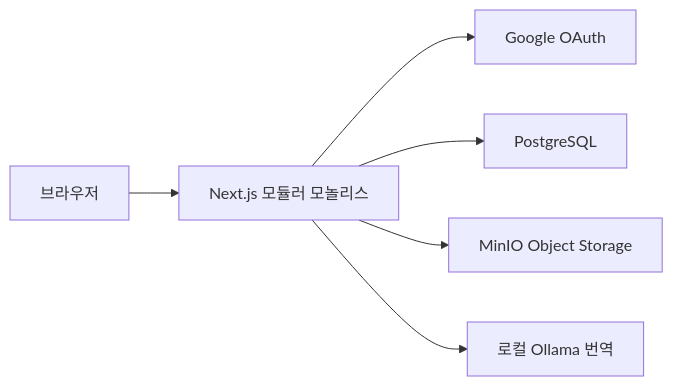
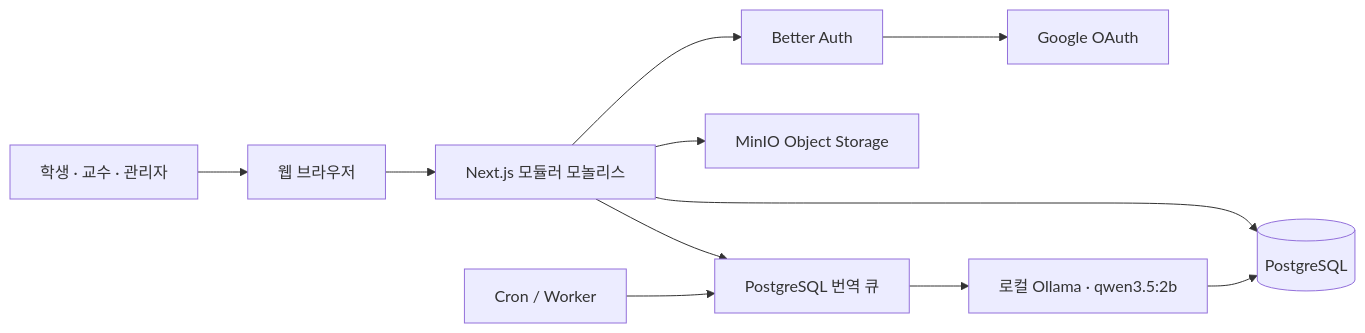
Before and after one commit to 2026-PNU-AI-StudyGroup/2026-pnuai-studygroup-01: the first of 3 diagrams in README.md, drawn with Mermaid. The commit also changed other lines of this file and 2 other files, not shown here.

Commit message:
docs: 리드미와 실제 화면 구조도 최신화

````diff
--- a/README.md
+++ b/README.md
@@ -38,8 +53,16 @@
 ```mermaid
 flowchart LR
-    Browser["브라우저"] --> Next["Next.js 모듈러 모놀리스"]
-    Next --> Google["Google OAuth"]
-    Next --> PostgreSQL["PostgreSQL"]
-    Next --> MinIO["MinIO Object Storage"]
-    Next --> Ollama["로컬 Ollama 번역"]
+    User["학생 · 교수 · 관리자"] --> Browser["웹 브라우저"]
+    Browser --> App["Next.js 모듈러 모놀리스"]
+
+    App --> Auth["Better Auth"]
+    Auth --> Google["Google OAuth"]
+
+    App --> DB[("PostgreSQL")]
+    App --> Storage["MinIO Object Storage"]
+
+    App --> Queue["PostgreSQL 번역 큐"]
+    Scheduler["Cron / Worker"] --> Queue
+    Queue --> Ollama["로컬 Ollama · qwen3.5:2b"]
+    Ollama --> DB
 ```
````
